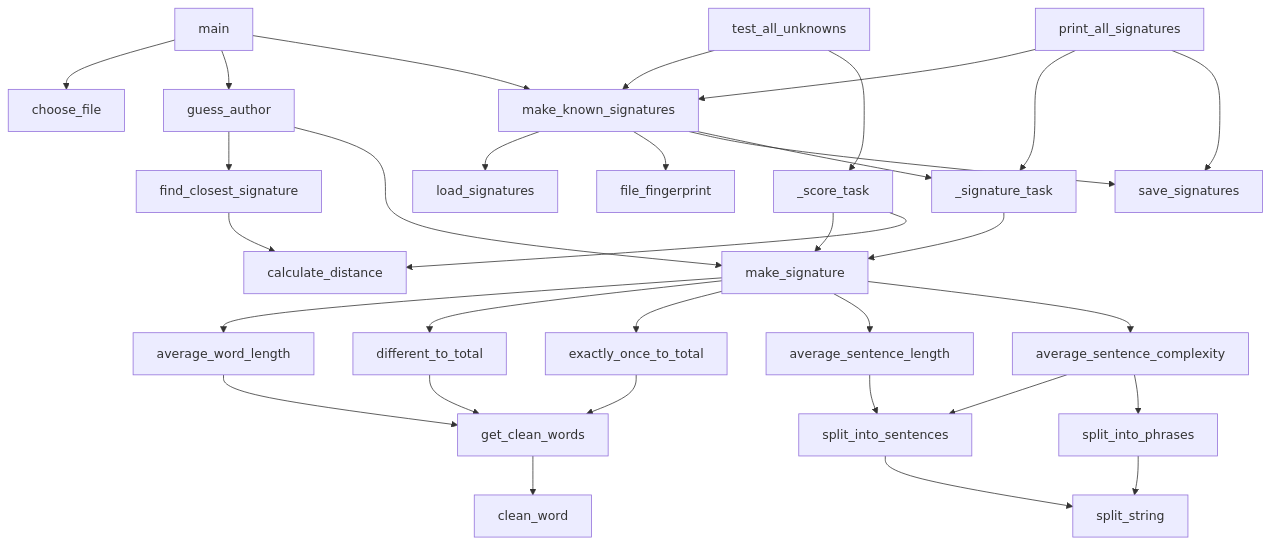
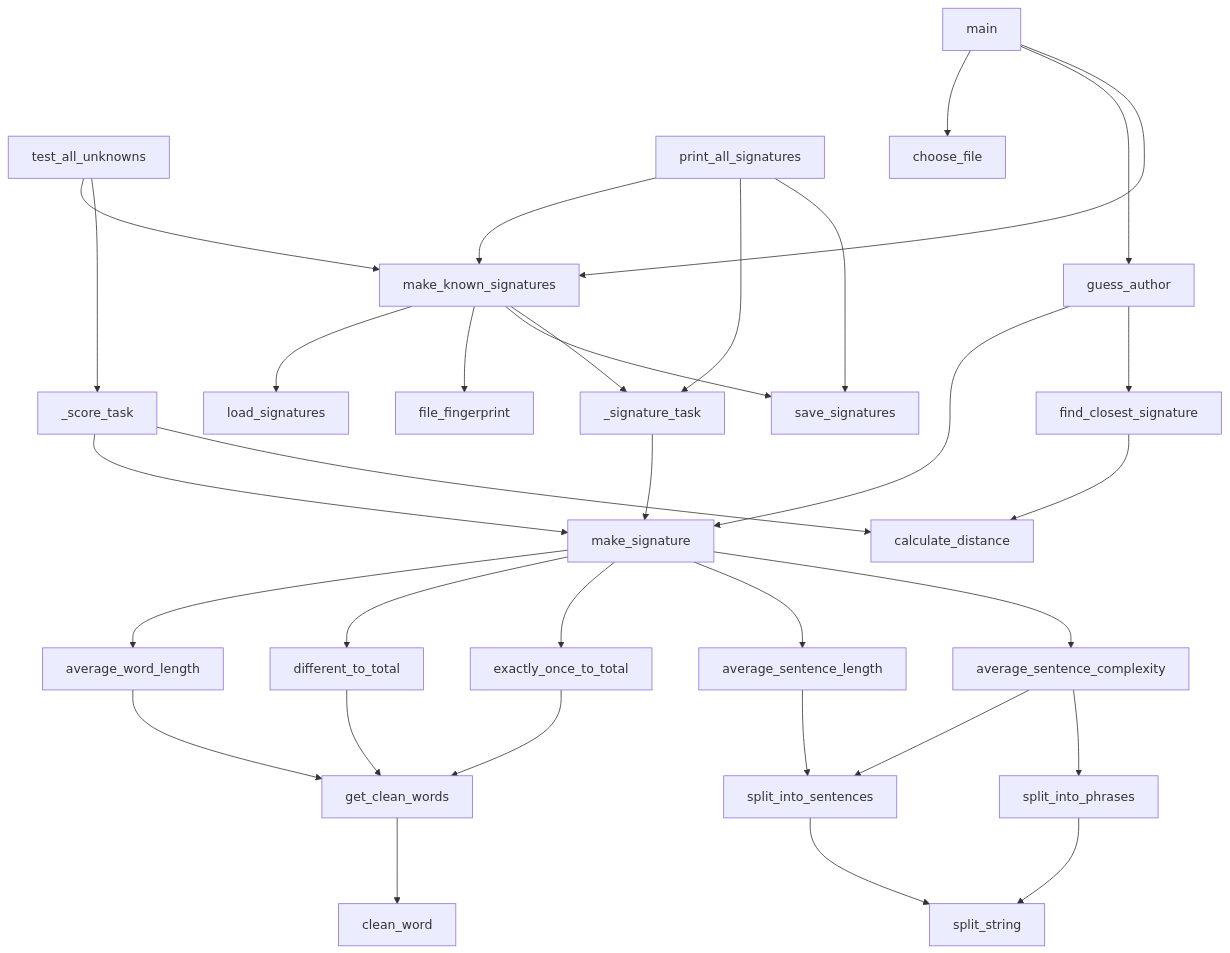
Before and after one commit to AidanColvin/style-distance: the diagram in function-flow.md, drawn with Mermaid.

Commit message:
Update function flow diagram to improve clarity and organization of calls

````diff
--- a/function-flow.md
+++ b/function-flow.md
@@ -2,76 +2,81 @@
 ```mermaid
+%%{init: {"flowchart": {"rankSpacing": 110, "nodeSpacing": 60}} }%%
 flowchart TD
     %% Functions
     main
     test_all_unknowns
     print_all_signatures
 
     choose_file
     guess_author
     make_known_signatures
     _score_task
     _signature_task
 
     load_signatures
     file_fingerprint
     save_signatures
     find_closest_signature
 
     make_signature
     calculate_distance
 
     average_word_length
     different_to_total
     exactly_once_to_total
     average_sentence_length
     average_sentence_complexity
 
     get_clean_words
     split_into_sentences
     split_into_phrases
     clean_word
     split_string
+
+    %% main sits alone on the top level, the two other modes start one level down
+    main ~~~ test_all_unknowns
+    main ~~~ print_all_signatures
+
     %% Calls
     main --> choose_file
     main --> guess_author
     main --> make_known_signatures
 
     test_all_unknowns --> make_known_signatures
     test_all_unknowns --> _score_task
 
     print_all_signatures --> make_known_signatures
     print_all_signatures --> _signature_task
+    print_all_signatures --> save_signatures
 
+    guess_author --> make_signature
     guess_author --> find_closest_signature
-    guess_author --> make_signature
 
     make_known_signatures --> load_signatures
     make_known_signatures --> file_fingerprint
     make_known_signatures --> save_signatures
     make_known_signatures --> _signature_task
-
-    print_all_signatures --> save_signatures
 
     _score_task --> make_signature
     _score_task --> calculate_distance
     _signature_task --> make_signature
     find_closest_signature --> calculate_distance
 
     make_signature --> average_word_length
     make_signature --> different_to_total
     make_signature --> exactly_once_to_total
     make_signature --> average_sentence_length
     make_signature --> average_sentence_complexity
 
     average_word_length --> get_clean_words
     different_to_total --> get_clean_words
     exactly_once_to_total --> get_clean_words
     get_clean_words --> clean_word
 
     average_sentence_length --> split_into_sentences
     average_sentence_complexity --> split_into_sentences
     average_sentence_complexity --> split_into_phrases
 
     split_into_sentences --> split_string
     split_into_phrases --> split_string
 ```
````
